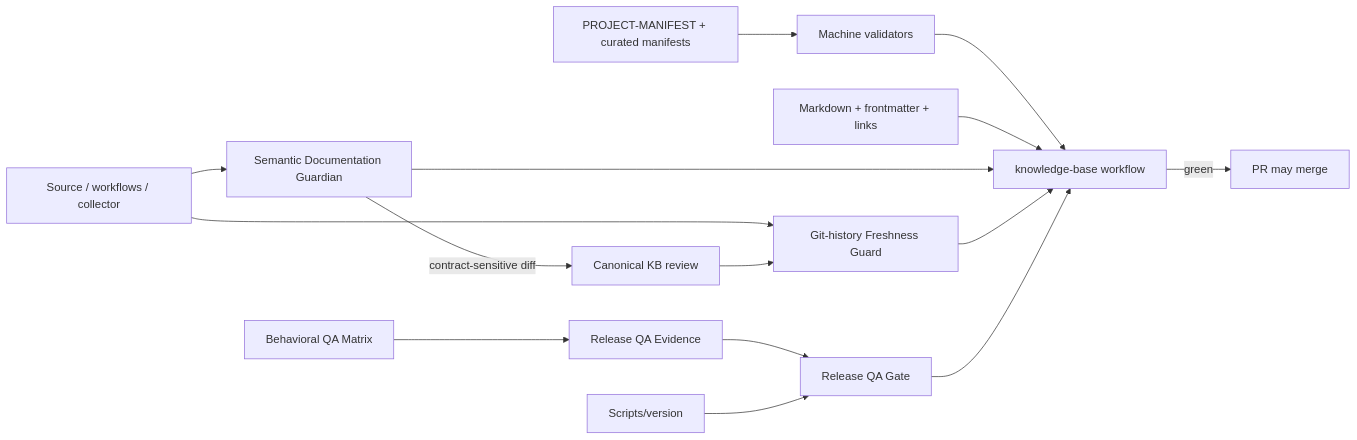
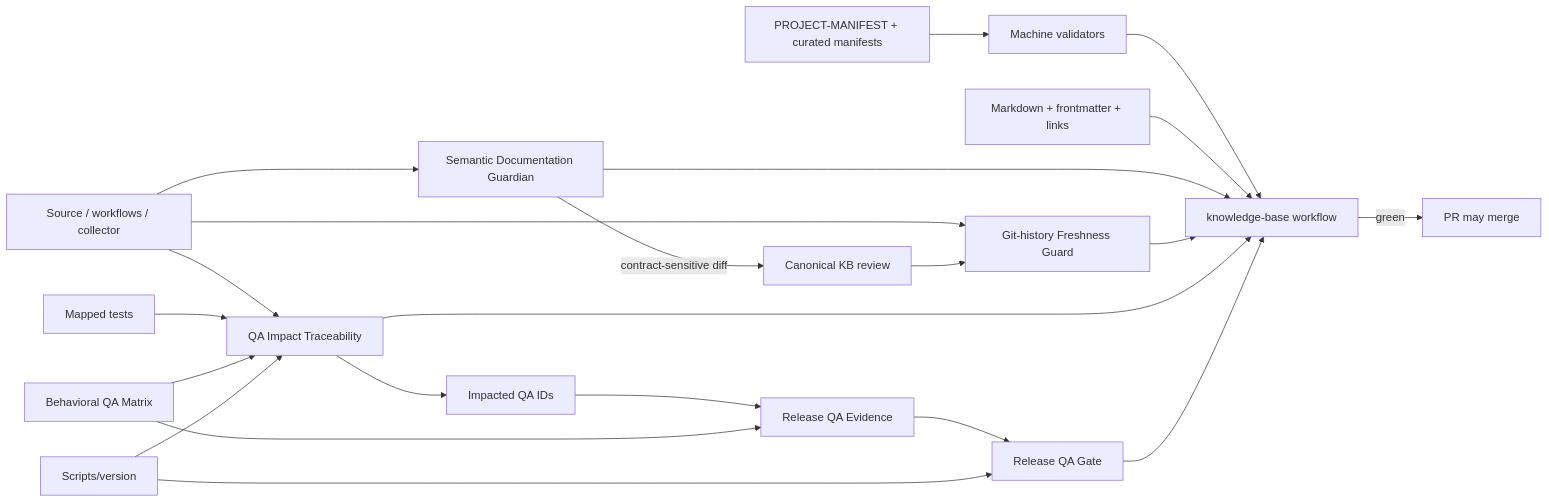
One commit to TumanovNV/impuls changed the diagram in knowledge-base/INDEX.md. Above: the diagram before and after it, drawn with Mermaid. The commit also changed other lines of this file, not shown here.

Commit message:
docs: add QA impact traceability to knowledge index

````diff
--- a/knowledge-base/INDEX.md
+++ b/knowledge-base/INDEX.md
@@ -108,17 +109,24 @@
 ```mermaid
 flowchart LR
     SRC[Source / workflows / collector] --> G[Semantic Documentation Guardian]
     G -->|contract-sensitive diff| DOC[Canonical KB review]
     SRC --> F[Git-history Freshness Guard]
     DOC --> F
     M[PROJECT-MANIFEST + curated manifests] --> V[Machine validators]
-    QAM[Behavioral QA Matrix] --> QAE[Release QA Evidence]
+    SRC --> QAI[QA Impact Traceability]
+    TST[Mapped tests] --> QAI
+    QAM[Behavioral QA Matrix] --> QAI
+    QAI --> IDS[Impacted QA IDs]
+    IDS --> QAE[Release QA Evidence]
+    QAM --> QAE
     QAE --> QAG[Release QA Gate]
-    VER[Scripts/version] --> QAG
+    VER[Scripts/version] --> QAI
+    VER --> QAG
     V --> CI[knowledge-base workflow]
     KB[Markdown + frontmatter + links] --> CI
     G --> CI
     F --> CI
+    QAI --> CI
     QAG --> CI
     CI -->|green| PR[PR may merge]
 ```
````
